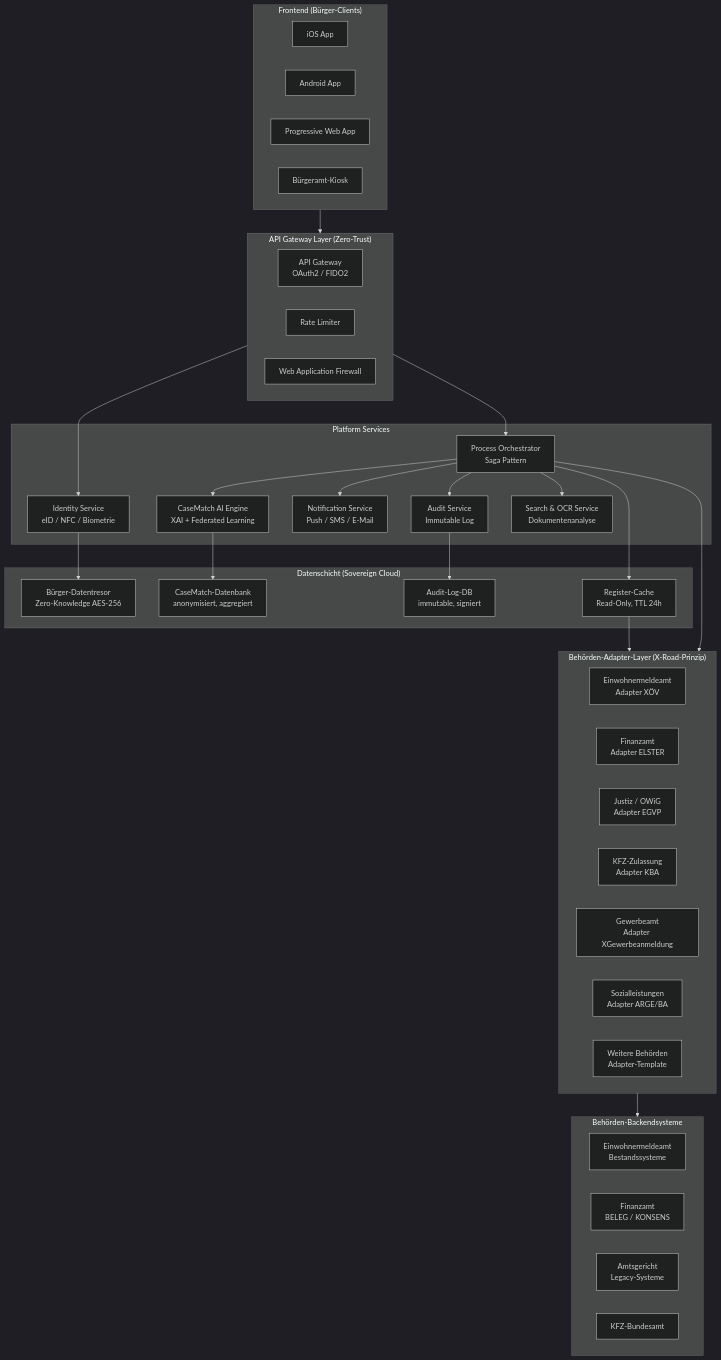
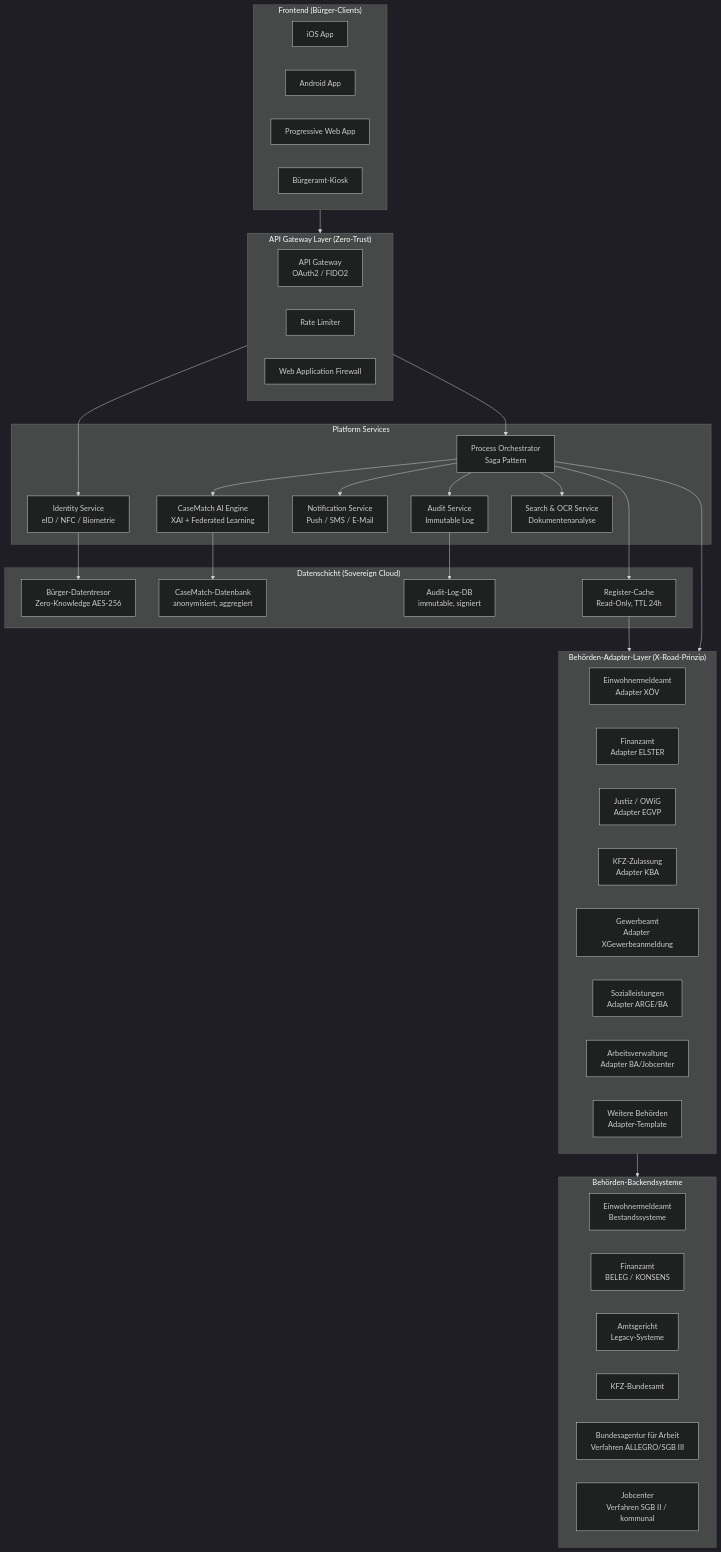
Before and after one commit to d0npedro/open-state: the first of 5 diagrams in architecture/05_Systemarchitektur.md, drawn with Mermaid (dark theme). The commit also changed other lines of this file and 27 other files, not shown here.

````diff
--- a/architecture/05_Systemarchitektur.md
+++ b/architecture/05_Systemarchitektur.md
@@ -19,63 +19,66 @@
 ```mermaid
 graph TB
     subgraph CLIENT["Frontend (Bürger-Clients)"]
         IOS[iOS App]
         AND[Android App]
         PWA[Progressive Web App]
         KIOSK[Bürgeramt-Kiosk]
     end
 
     subgraph GATEWAY["API Gateway Layer (Zero-Trust)"]
         AG[API Gateway\nOAuth2 / FIDO2]
         RL[Rate Limiter]
         WAF[Web Application Firewall]
     end
 
     subgraph PLATFORM["Platform Services"]
         IS[Identity Service\neID / NFC / Biometrie]
         PO[Process Orchestrator\nSaga Pattern]
         CM[CaseMatch AI Engine\nXAI + Federated Learning]
         NT[Notification Service\nPush / SMS / E-Mail]
         AU[Audit Service\nImmutable Log]
         SR[Search & OCR Service\nDokumentenanalyse]
     end
 
     subgraph ADAPTER["Behörden-Adapter-Layer (X-Road-Prinzip)"]
         EWO[Einwohnermeldeamt\nAdapter XÖV]
         FA[Finanzamt\nAdapter ELSTER]
         JUS[Justiz / OWiG\nAdapter EGVP]
         KBA[KFZ-Zulassung\nAdapter KBA]
         GEW[Gewerbeamt\nAdapter XGewerbeanmeldung]
         SOZ[Sozialleistungen\nAdapter ARGE/BA]
+        AV[Arbeitsverwaltung\nAdapter BA/Jobcenter]
         EXT[Weitere Behörden\nAdapter-Template]
     end
 
     subgraph DATA["Datenschicht (Sovereign Cloud)"]
         DT[Bürger-Datentresor\nZero-Knowledge AES-256]
         REG[Register-Cache\nRead-Only, TTL 24h]
         AIDB[CaseMatch-Datenbank\nanonymisiert, aggregiert]
         AUDITDB[Audit-Log-DB\nimmutable, signiert]
     end
 
     subgraph BEHÖRDEN["Behörden-Backendsysteme"]
         BEWOA[Einwohnermeldeamt\nBestandssysteme]
         FINANZ[Finanzamt\nBELEG / KONSENS]
         GERICHT[Amtsgericht\nLegacy-Systeme]
         KBA2[KFZ-Bundesamt]
+        BALEG[Bundesagentur für Arbeit\nVerfahren ALLEGRO/SGB III]
+        JC[Jobcenter\nVerfahren SGB II / kommunal]
     end
 
     CLIENT --> GATEWAY
     GATEWAY --> IS
     GATEWAY --> PO
     PO --> CM
     PO --> NT
     PO --> AU
     PO --> SR
     IS --> DT
     PO --> ADAPTER
     ADAPTER --> BEHÖRDEN
     CM --> AIDB
     AU --> AUDITDB
     PO --> REG
     REG --> ADAPTER
 ```
````
